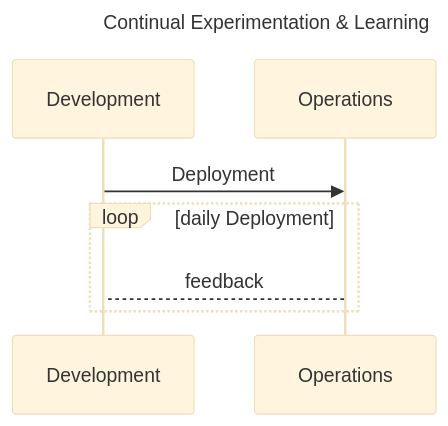
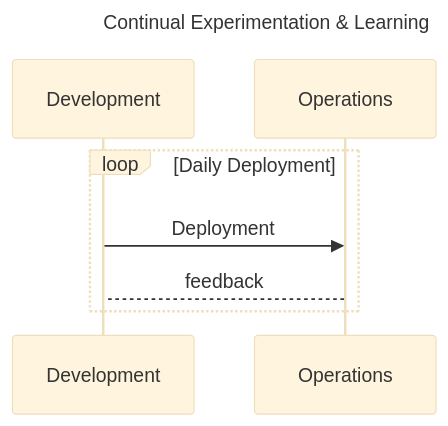
Before and after one commit to nepalsingh/cloud-training: the sixth of 6 diagrams in README.md, drawn with Mermaid (base theme). The commit also changed other lines of this file, not shown here.

Commit message:
Update flowchart

````diff
--- a/README.md
+++ b/README.md
@@ -929,12 +929,12 @@
 ```mermaid
 ---
 title: Continual Experimentation & Learning
 ---
 
 sequenceDiagram
-  Development ->> Operations: Deployment
-  loop daily Deployment
+  loop Daily Deployment
+    Development ->> Operations: Deployment
     Operations --> Development: feedback
   end
 
 ```
````
